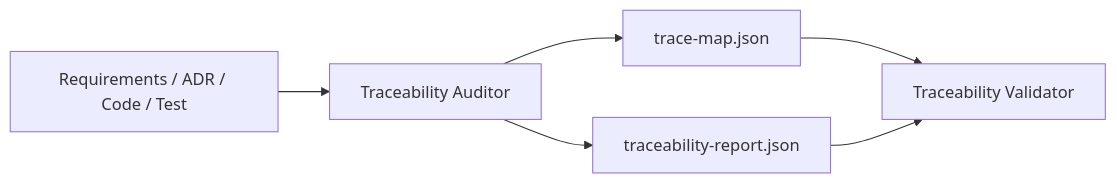
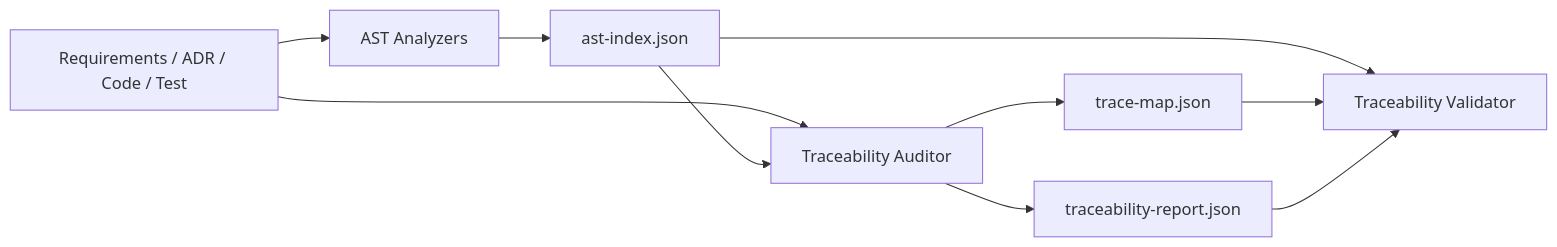
The fifth of 7 diagrams in README.md (shun-sa/ai-sdlc-copilot), drawn with Mermaid before and after one commit. The commit also changed other lines of this file and 14 other files, not shown here.

````diff
--- a/README.md
+++ b/README.md
@@ -216,14 +223,19 @@
 ```mermaid
 flowchart LR
     SRC[Requirements / ADR / Code / Test]
+    AST[AST Analyzers]
+    IDX[ast-index.json]
     T[Traceability Auditor]
     MAP[trace-map.json]
     R[traceability-report.json]
     V[Traceability Validator]
 
+    SRC --> AST --> IDX
     SRC --> T
+    IDX --> T
     T --> MAP
     T --> R
+    IDX --> V
     MAP --> V
     R --> V
 ```
````
